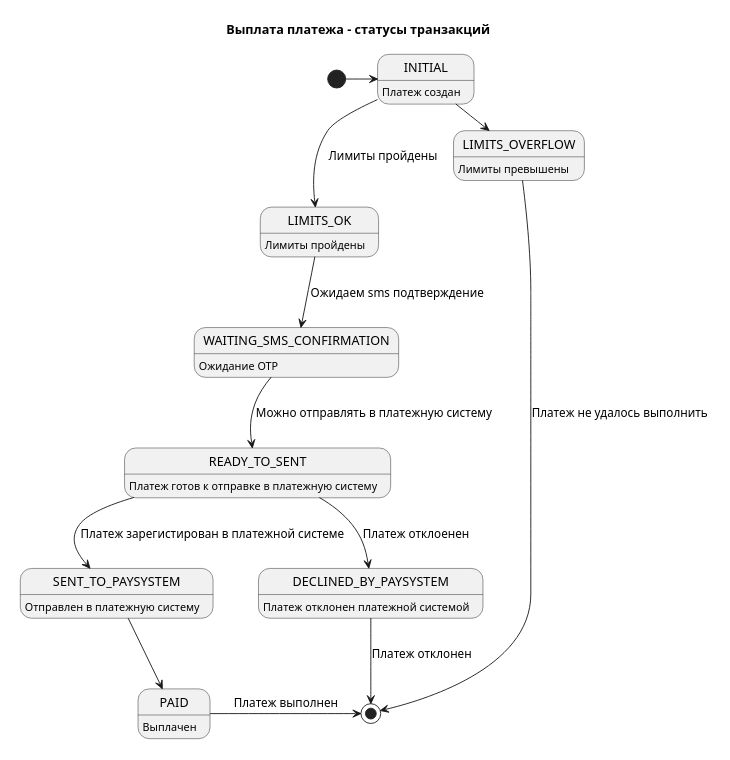
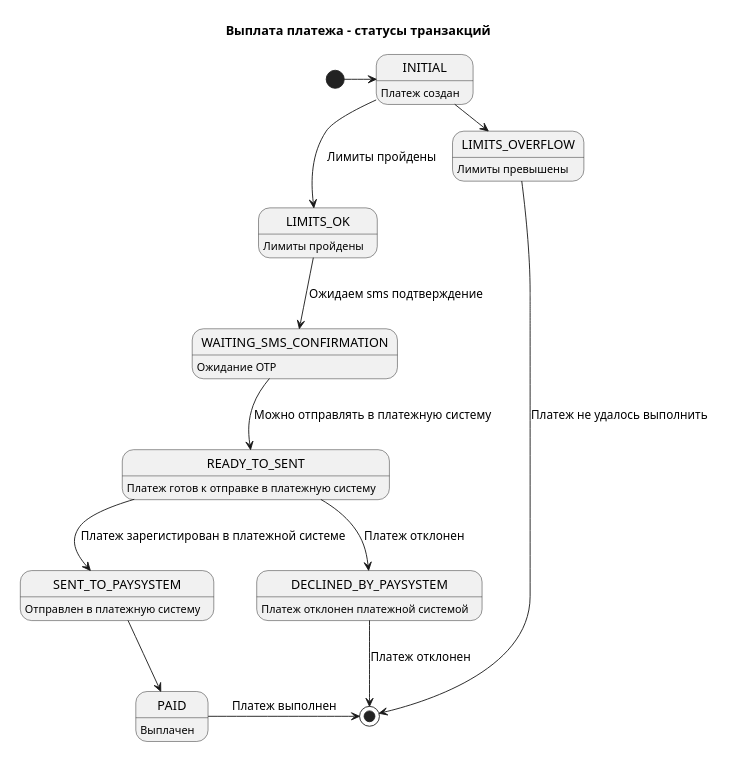
Before and after one commit to fjfalcon/qsp6: the diagram in uml/TxnState.puml, drawn with PlantUML. The commit also changed 6 other files, not shown here.

```diff
--- a/uml/TxnState.puml
+++ b/uml/TxnState.puml
@@ -1,31 +1,30 @@
 @startuml
 'https://plantuml.com/state-diagram
 title Выплата платежа - статусы транзакций
 
 
 scale 350 width
 
 INITIAL: Платеж создан
 LIMITS_OVERFLOW : Лимиты превышены
 LIMITS_OK : Лимиты пройдены
 WAITING_SMS_CONFIRMATION: Ожидание OTP
 SENT_TO_PAYSYSTEM: Отправлен в платежную систему
 PAID: Выплачен
 READY_TO_SENT: Платеж готов к отправке в платежную систему
 DECLINED_BY_PAYSYSTEM: Платеж отклонен платежной системой
 
 [*] -> INITIAL
 INITIAL -right-> LIMITS_OVERFLOW
 LIMITS_OVERFLOW -> [*]: Платеж не удалось выполнить
 
 INITIAL -down-> LIMITS_OK: Лимиты пройдены
 LIMITS_OK -down-> WAITING_SMS_CONFIRMATION: Ожидаем sms подтверждение
 WAITING_SMS_CONFIRMATION -down-> READY_TO_SENT: Можно отправлять в платежную систему
 READY_TO_SENT -down-> SENT_TO_PAYSYSTEM: Платеж зарегистирован в платежной системе
-READY_TO_SENT -down-> DECLINED_BY_PAYSYSTEM: Платеж отклоенен
+READY_TO_SENT -down-> DECLINED_BY_PAYSYSTEM: Платеж отклонен
 SENT_TO_PAYSYSTEM -down-> PAID
 DECLINED_BY_PAYSYSTEM -down-> [*]: Платеж отклонен
 PAID -> [*]: Платеж выполнен
 
-
 @enduml
```
